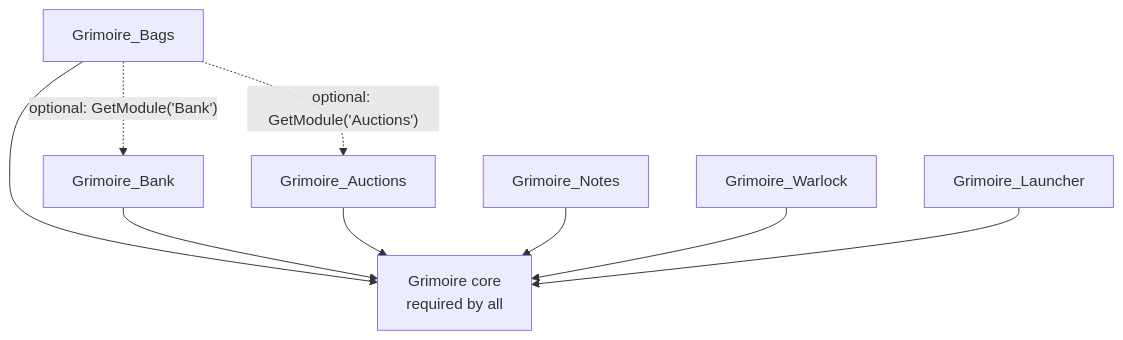
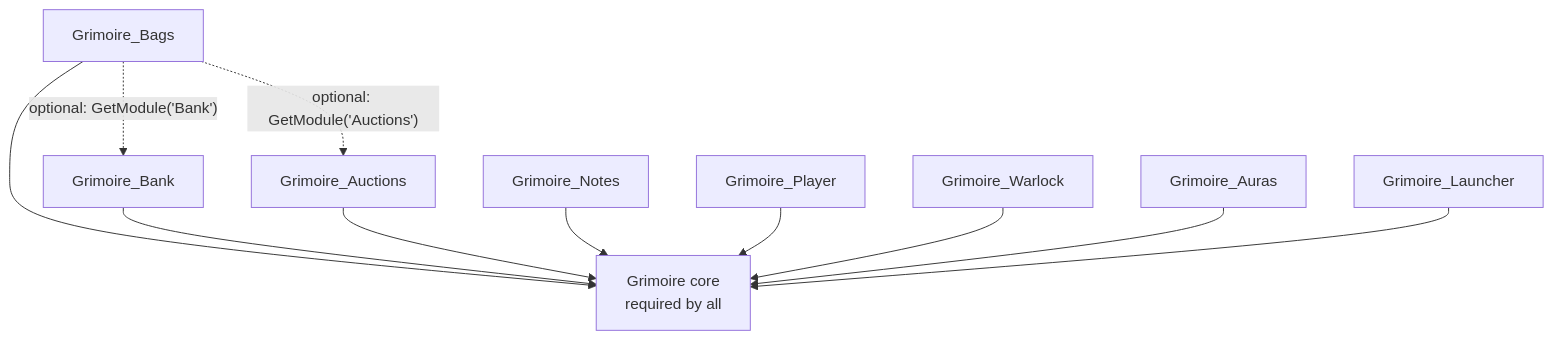
One commit to PhillypHenning/grimoire changed the diagram in docs/adr/0002-every-component-is-a-toggleable-addon.md. Above: the diagram before and after it, drawn with Mermaid. The commit also changed 26 other files, not shown here.

````diff
--- a/docs/adr/0002-every-component-is-a-toggleable-addon.md
+++ b/docs/adr/0002-every-component-is-a-toggleable-addon.md
@@ -21,12 +21,14 @@
 ```mermaid
 flowchart TD
     Core[Grimoire core<br/>required by all]
     Bags[Grimoire_Bags] --> Core
     Bank[Grimoire_Bank] --> Core
     Auctions[Grimoire_Auctions] --> Core
     Notes[Grimoire_Notes] --> Core
+    Player[Grimoire_Player] --> Core
     Warlock[Grimoire_Warlock] --> Core
+    Auras[Grimoire_Auras] --> Core
     Launcher[Grimoire_Launcher] --> Core
     Bags -. "optional: GetModule('Bank')" .-> Bank
     Bags -. "optional: GetModule('Auctions')" .-> Auctions
 ```
````
